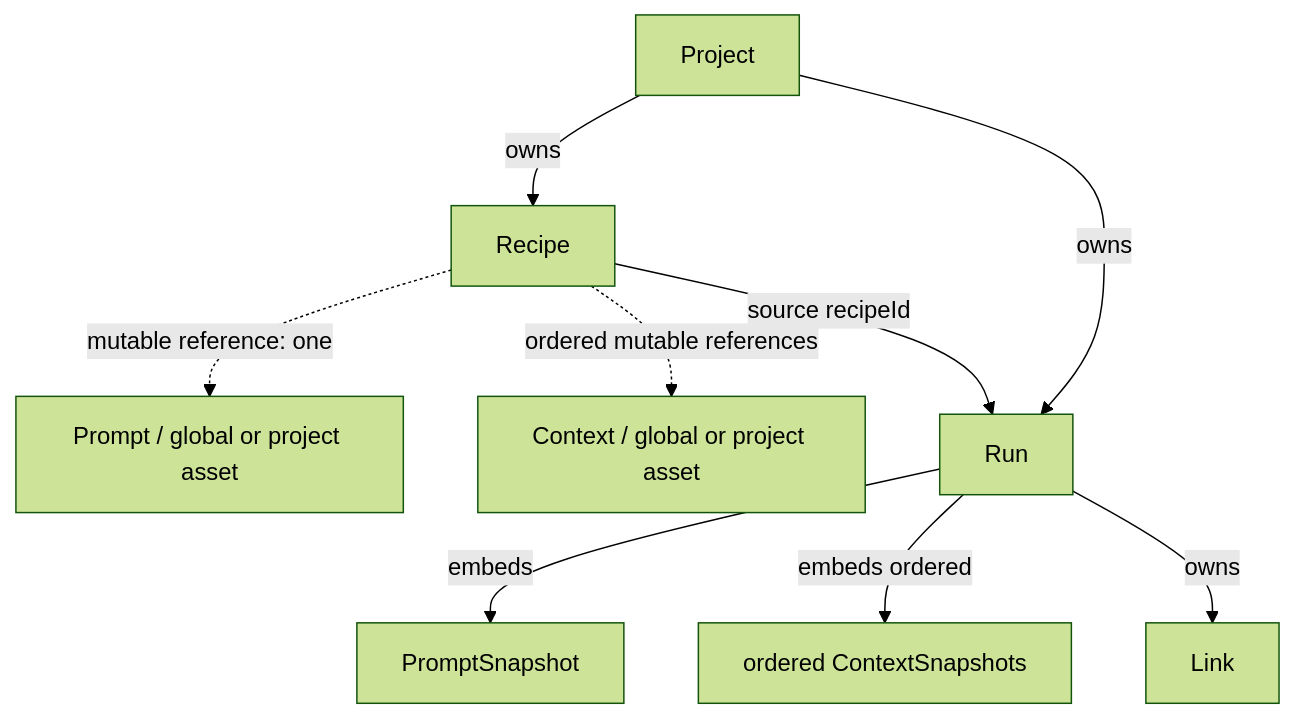
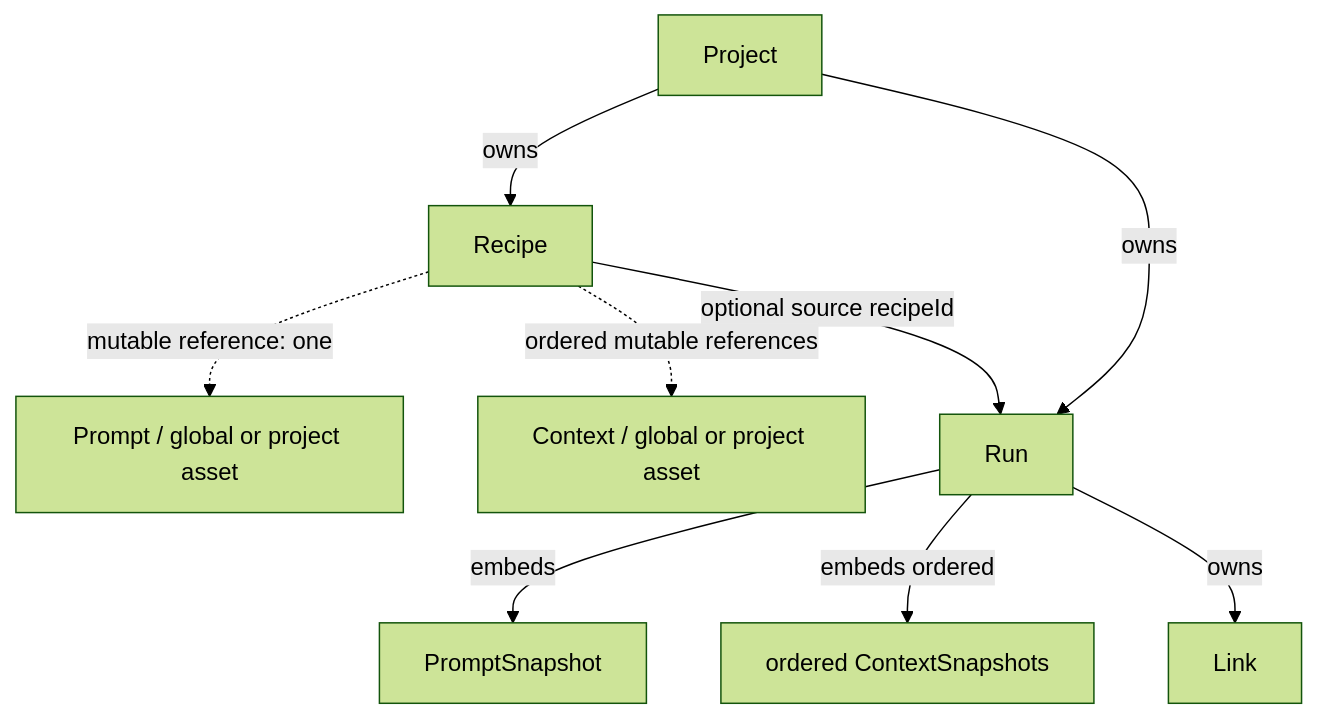
The diagram in docs/architecture/prompt-trail/data-model.md (yuyuyu0706/ai-workbench), drawn with Mermaid (forest theme) before and after one commit. The commit also changed other lines of this file and 9 other files, not shown here.

````diff
--- a/docs/architecture/prompt-trail/data-model.md
+++ b/docs/architecture/prompt-trail/data-model.md
@@ -19,20 +19,20 @@
 ```mermaid
 flowchart TD
   Project[Project]
   Prompt[Prompt / global or project asset]
   Context[Context / global or project asset]
   Recipe[Recipe]
   Run[Run]
   PromptSnapshot[PromptSnapshot]
   ContextSnapshots[ordered ContextSnapshots]
   Link[Link]
 
   Project -->|owns| Recipe
   Project -->|owns| Run
-  Recipe -->|source recipeId| Run
+  Recipe -->|optional source recipeId| Run
   Recipe -. mutable reference: one .-> Prompt
   Recipe -. ordered mutable references .-> Context
   Run -->|embeds| PromptSnapshot
   Run -->|embeds ordered| ContextSnapshots
   Run -->|owns| Link
 ```
````
